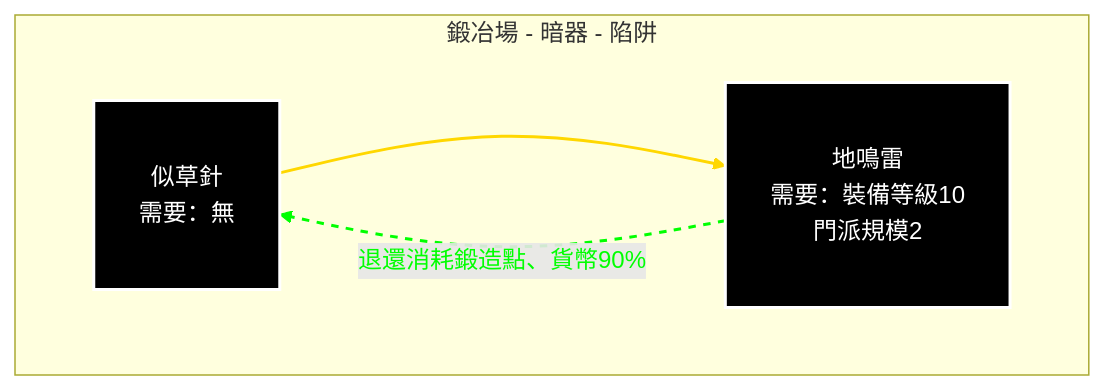
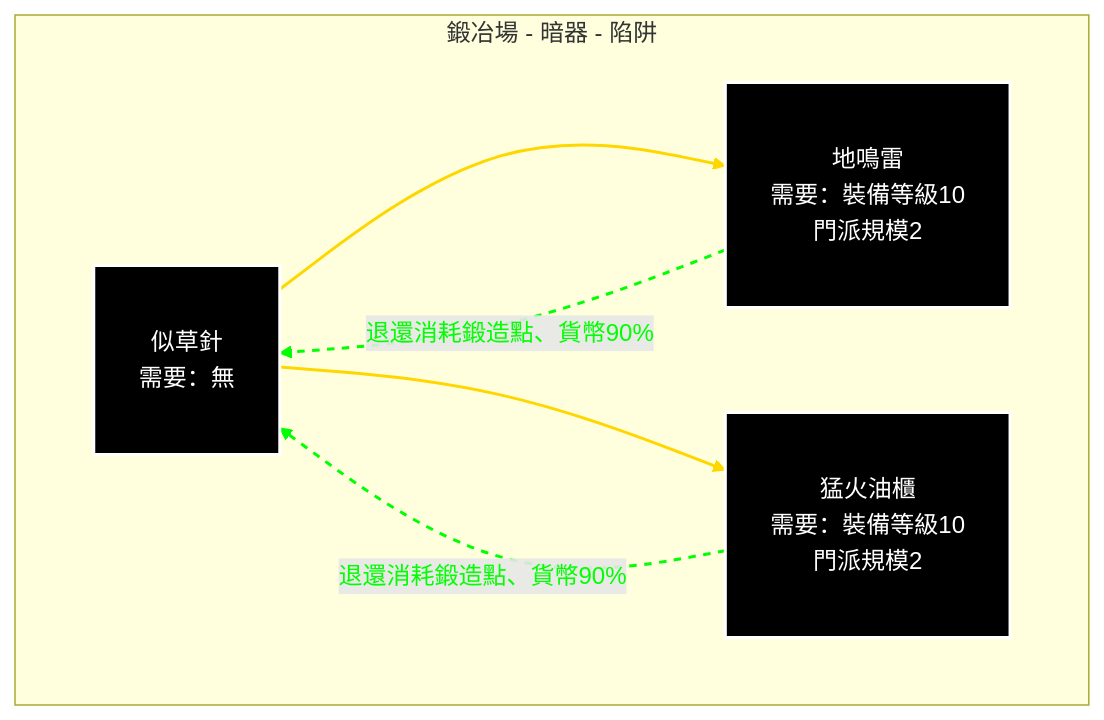
One commit to Mr-Smilin/LoM-wiki changed the fifth of 7 diagrams in docs/system/forge-roadmap.md. Above: the diagram before and after it, drawn with Mermaid. The commit also changed other lines of this file and 1 other file, not shown here.

Commit message:
1. add 猛火油櫃、瀝泉小劍、紙甲

````diff
--- a/docs/system/forge-roadmap.md
+++ b/docs/system/forge-roadmap.md
@@ -213,30 +225,36 @@
 ```mermaid
 %%{init: {
   'flowchart': {
     'nodeSpacing': 70,
     'rankSpacing': 80,
     'theme': 'dark'
   }
 } }%%
 graph TB
   subgraph 鍛冶場 - 暗器 - 陷阱
     A[似草針<br>需要：無]
     B[地鳴雷<br>需要：裝備等級10<br>門派規模2]
+    C[猛火油櫃<br>需要：裝備等級10<br>門派規模2]
   end
 
   %% 升級箭頭（黃色）+ 文字
   A --> B
+  A --> C
 
   %% 退還箭頭（綠色）+ 文字
   B -.->|<font color='#00FF00'>退還消耗鍛造點、貨幣90%</font>| A
+  C -.->|<font color='#00FF00'>退還消耗鍛造點、貨幣90%</font>| A
   
   %% 自訂箭頭樣式與文字顏色
   linkStyle 0 stroke:#FFD700,stroke-width:2px
-  linkStyle 1 stroke:#00FF00,stroke-width:2px,stroke-dasharray:5,5
+  linkStyle 1 stroke:#FFD700,stroke-width:2px
+  linkStyle 2 stroke:#00FF00,stroke-width:2px,stroke-dasharray:5,5
+  linkStyle 3 stroke:#00FF00,stroke-width:2px,stroke-dasharray:5,5
 
   %% 設定節點樣式
   classDef default padding:15px,margin:10px,fill:#000,color:#FFF
   style A stroke:#FFF,stroke-width:2px,padding:15px,margin:10px,fill:#000,color:#FFF
   style B stroke:#FFF,stroke-width:2px,padding:15px,margin:10px,fill:#000,color:#FFF
+  style C stroke:#FFF,stroke-width:2px,padding:15px,margin:10px,fill:#000,color:#FFF
 
 ```
````
